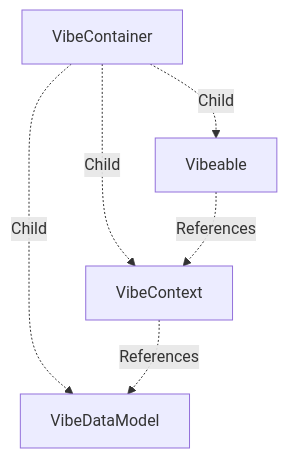
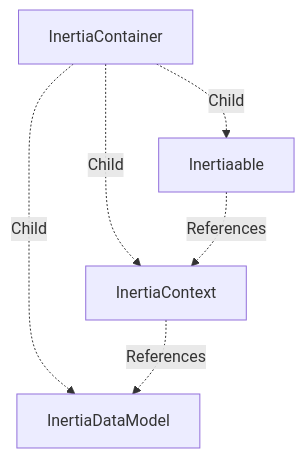
The diagram in Docs/mermaid/component_hierarchy/component_hierarchy.mermaid (hpennington/inertia-app), drawn with Mermaid before and after one commit. The commit also changed 141 other files, not shown here.

```diff
--- a/Docs/mermaid/component_hierarchy/component_hierarchy.mermaid
+++ b/Docs/mermaid/component_hierarchy/component_hierarchy.mermaid
@@ -1,7 +1,7 @@
 %% Combined UML Component Diagrams - Dependency Diagram and View Hierarchy
 graph TD
-    VibeContainer[VibeContainer] -.->|Child| VibeDataModel[VibeDataModel]
-    VibeContainer[VibeContainer] -.->|Child| VibeContext[VibeContext]
-    VibeContext[VibeContext]-.->|References|VibeDataModel[VibeDataModel]
-    VibeContainer[VibeContainer] -.->|Child| Vibeable[Vibeable]
-    Vibeable[Vibeable]-.->|References|VibeContext[VibeContext]
+    InertiaContainer[InertiaContainer] -.->|Child| InertiaDataModel[InertiaDataModel]
+    InertiaContainer[InertiaContainer] -.->|Child| InertiaContext[InertiaContext]
+    InertiaContext[InertiaContext]-.->|References|InertiaDataModel[InertiaDataModel]
+    InertiaContainer[InertiaContainer] -.->|Child| Inertiaable[Inertiaable]
+    Inertiaable[Inertiaable]-.->|References|InertiaContext[InertiaContext]
```
